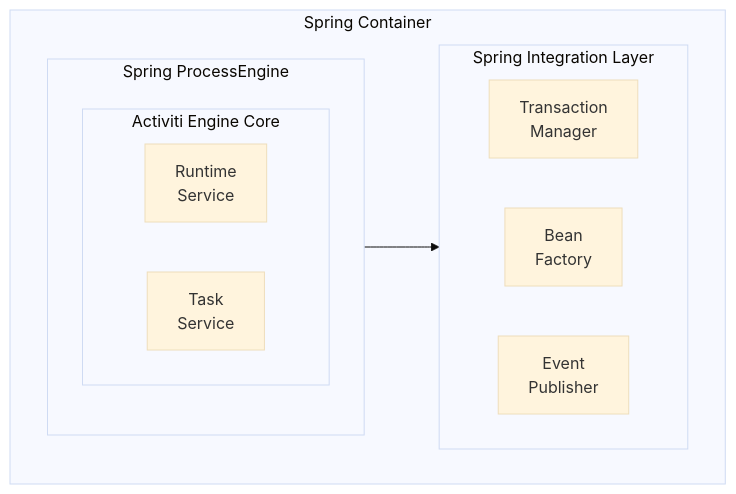
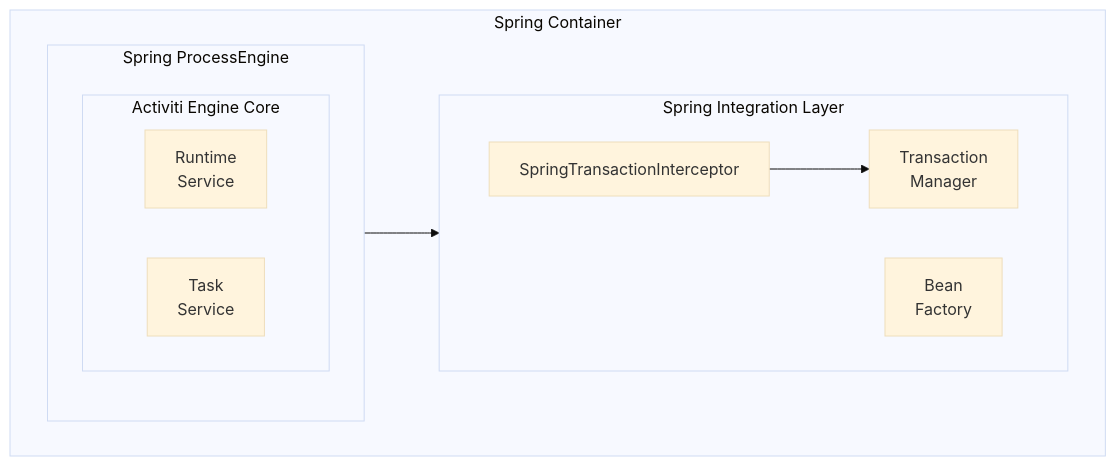
One commit to CaptainGlac1er/activiti-documentation changed the first of 2 diagrams in docs/api-reference/engine-api/spring-integration.md. Above: the diagram before and after it, drawn with Mermaid (base theme). The commit also changed other lines of this file and 53 other files, not shown here.

````diff
--- a/docs/api-reference/engine-api/spring-integration.md
+++ b/docs/api-reference/engine-api/spring-integration.md
@@ -287,20 +326,21 @@
 ```mermaid
 flowchart TD
     subgraph SpringContainer["Spring Container"]
         subgraph SpringProcessEngine["Spring ProcessEngine"]
             subgraph ActivitiEngine["Activiti Engine Core"]
                 Runtime["Runtime<br>Service"]
                 Task["Task<br>Service"]
             end
         end
-        
+
         subgraph IntegrationLayer["Spring Integration Layer"]
             direction LR
             TxMgr["Transaction<br>Manager"]
             BeanFactory["Bean<br>Factory"]
-            EventPub["Event<br>Publisher"]
+            TxInterceptor["SpringTransactionInterceptor"]
         end
     end
-    
+
     SpringProcessEngine --> IntegrationLayer
+    TxInterceptor --> TxMgr
 ```
````
